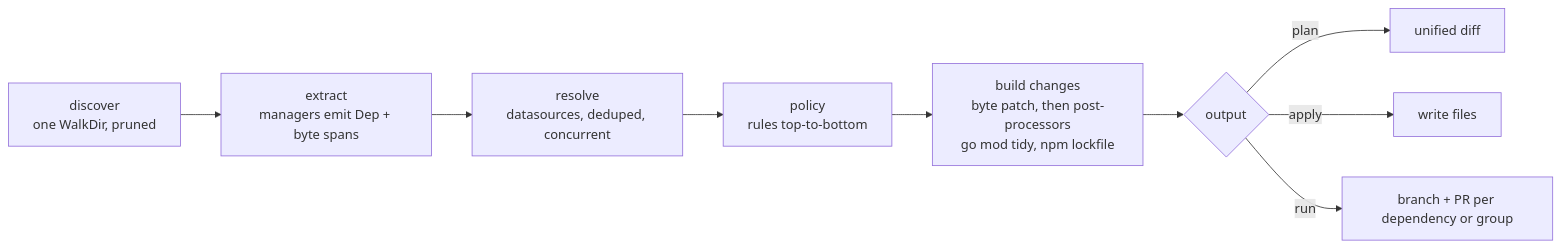
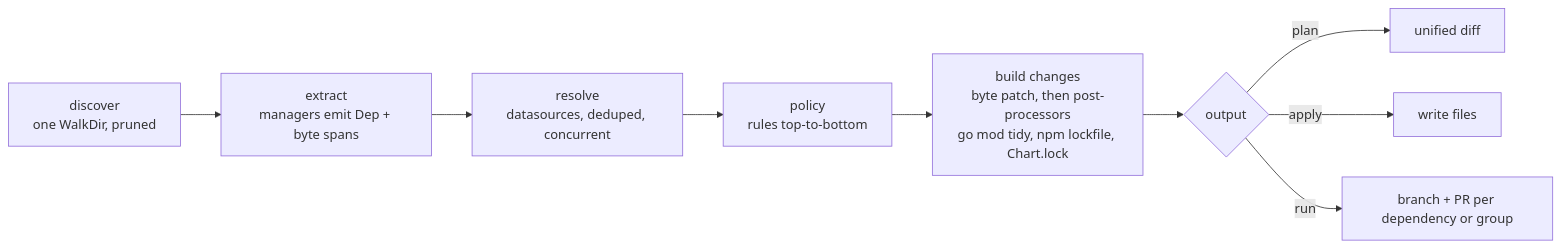
Before and after one commit to jakobmoellerdev/deps: the diagram in docs/design.md, drawn with Mermaid. The commit also changed other lines of this file and 32 other files, not shown here.

First line of the commit message:
feat(helm): helm datasource for chart repositories and OCI registries, Chart.lock maintenance

````diff
--- a/docs/design.md
+++ b/docs/design.md
@@ -15,11 +15,11 @@
 ```mermaid
 flowchart LR
     D[discover<br/>one WalkDir, pruned] --> E[extract<br/>managers emit Dep + byte spans]
     E --> R[resolve<br/>datasources, deduped, concurrent]
     R --> P[policy<br/>rules top-to-bottom]
-    P --> B[build changes<br/>byte patch, then post-processors<br/>go mod tidy, npm lockfile]
+    P --> B[build changes<br/>byte patch, then post-processors<br/>go mod tidy, npm lockfile, Chart.lock]
     B --> O{output}
     O -->|plan| O1[unified diff]
     O -->|apply| O2[write files]
     O -->|run| O3[branch + PR per dependency or group]
 ```
````
